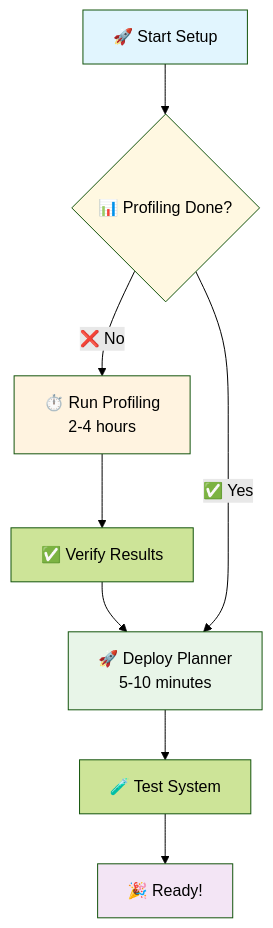
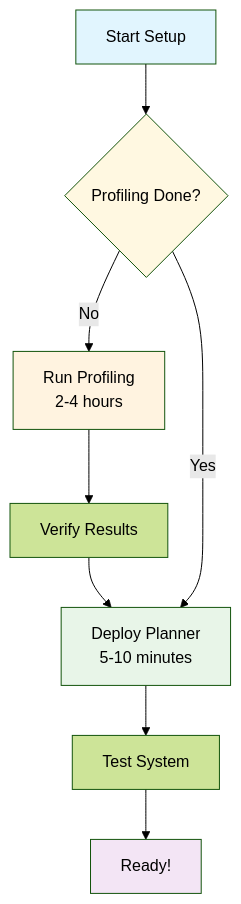
The second of 2 diagrams in docs/kubernetes/sla_planner_quickstart.md (ai-dynamo/dynamo), drawn with Mermaid (forest theme) before and after one commit.

Commit message:
docs: update mermaid chart

````diff
--- a/docs/kubernetes/sla_planner_quickstart.md
+++ b/docs/kubernetes/sla_planner_quickstart.md
@@ -29,16 +29,16 @@
 ```mermaid
 flowchart TD
-    A[🚀 Start Setup] --> B{📊 Profiling Done?}
-    B -->|❌ No| C[⏱️ Run Profiling<br/>2-4 hours]
-    C --> D[✅ Verify Results]
-    D --> E[🚀 Deploy Planner<br/>5-10 minutes]
-    B -->|✅ Yes| E
-    E --> F[🧪 Test System]
-    F --> G[🎉 Ready!]
+    A[Start Setup] --> B{Profiling Done?}
+    B -->|No| C[Run Profiling<br/>2-4 hours]
+    C --> D[Verify Results]
+    D --> E[Deploy Planner<br/>5-10 minutes]
+    B -->|Yes| E
+    E --> F[Test System]
+    F --> G[Ready!]
 
     style A fill:#e1f5fe
     style C fill:#fff3e0
     style E fill:#e8f5e8
     style G fill:#f3e5f5
     style B fill:#fff8e1
 ```
````
